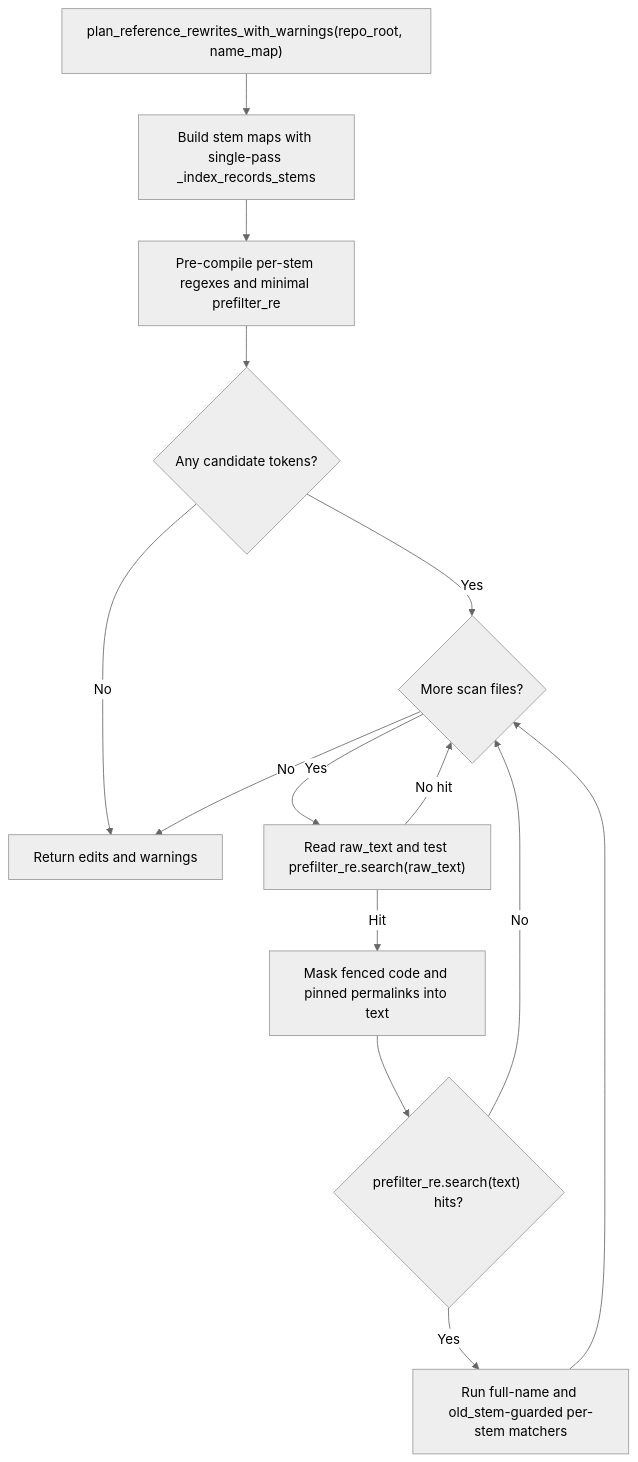
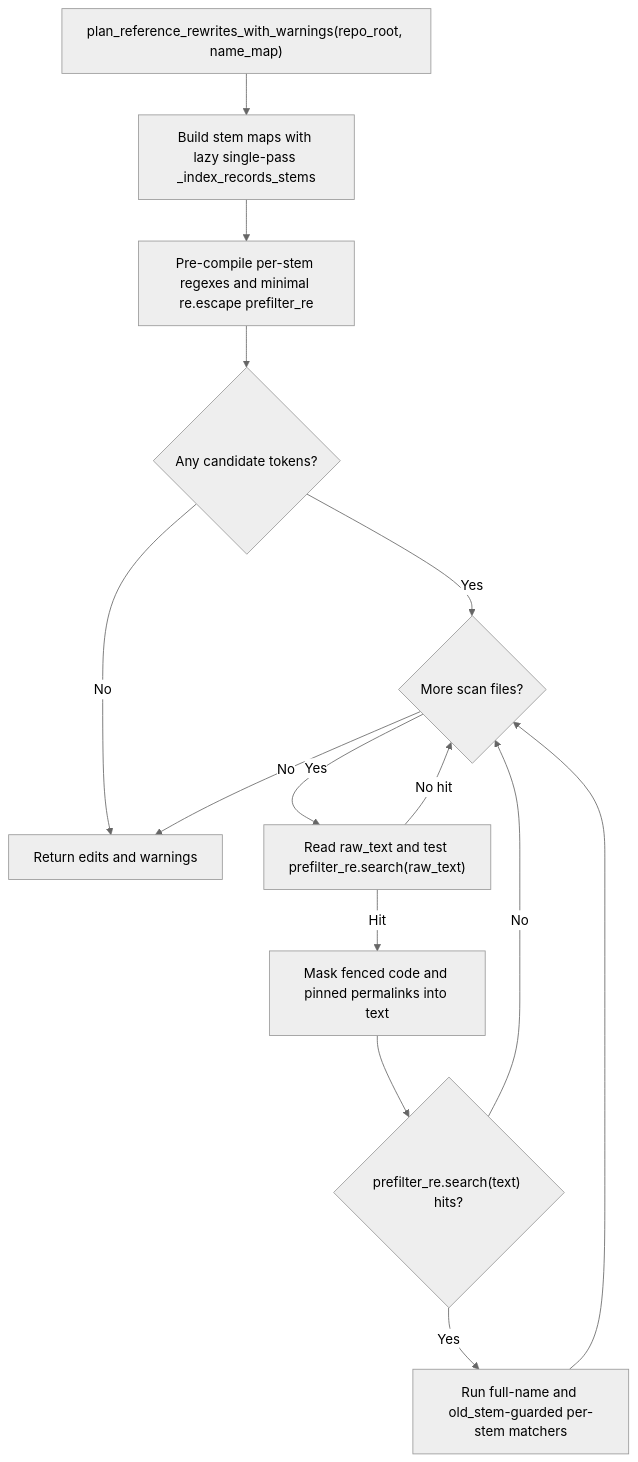
One commit to fariello/agent-workflows changed the second of 3 diagrams in .aw/records/plans/pending/20261119-e49gzt-01-n2bfd4-optimize-m0001-rename-id-minting-citation-scan-prefiltering.ipd.md. Above: the diagram before and after it, drawn with Mermaid (neutral theme). The commit also changed other lines of this file and 1 other file, not shown here.

First line of the commit message:
plan-review: harden n2bfd4 (revisions applied)

````diff
--- a/.aw/records/plans/pending/20261119-e49gzt-01-n2bfd4-optimize-m0001-rename-id-minting-citation-scan-prefiltering.ipd.md
+++ b/.aw/records/plans/pending/20261119-e49gzt-01-n2bfd4-optimize-m0001-rename-id-minting-citation-scan-prefiltering.ipd.md
@@ -136,16 +140,16 @@
 ```mermaid
 flowchart TD
-    A["plan_reference_rewrites_with_warnings(repo_root, name_map)"] --> B["Build stem maps with single-pass _index_records_stems"]
-    B --> C["Pre-compile per-stem regexes and minimal prefilter_re"]
+    A["plan_reference_rewrites_with_warnings(repo_root, name_map)"] --> B["Build stem maps with lazy single-pass _index_records_stems"]
+    B --> C["Pre-compile per-stem regexes and minimal re.escape prefilter_re"]
     C --> D{"Any candidate tokens?"}
     D -->|No| Z["Return edits and warnings"]
     D -->|Yes| E{"More scan files?"}
     E -->|No| Z
     E -->|Yes| F["Read raw_text and test prefilter_re.search(raw_text)"]
     F -->|No hit| E
     F -->|Hit| G["Mask fenced code and pinned permalinks into text"]
     G --> H{"prefilter_re.search(text) hits?"}
     H -->|No| E
     H -->|Yes| I["Run full-name and old_stem-guarded per-stem matchers"]
     I --> E
 ```
````
